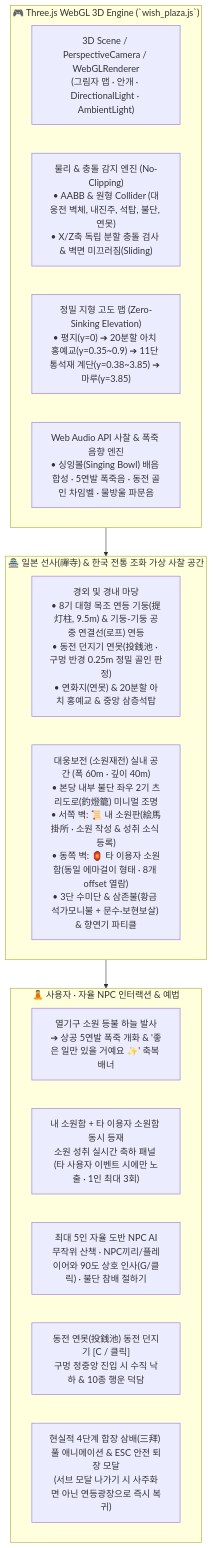
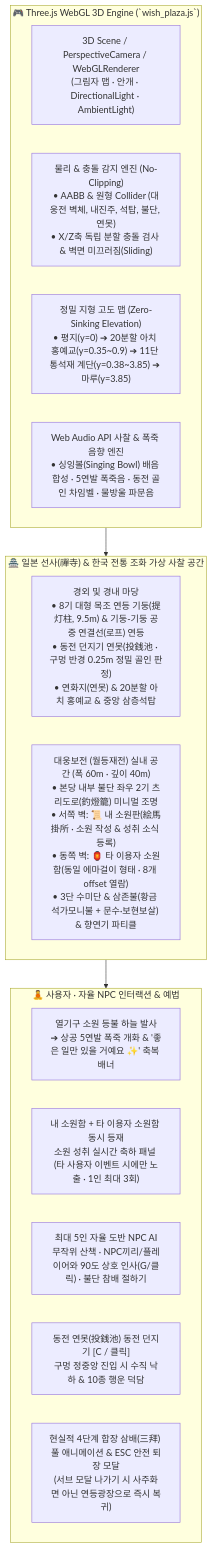
Before and after one commit to minjae0529-blip/Daily-Fortune: the second of 6 diagrams in README.md, drawn with Mermaid. The commit also changed other lines of this file and 13 other files, not shown here.

````diff
--- a/README.md
+++ b/README.md
@@ -90,25 +90,25 @@
 ```mermaid
 graph TB
     subgraph Engine ["🎮 Three.js WebGL 3D Engine (`wish_plaza.js`)"]
         Render["3D Scene / PerspectiveCamera / WebGLRenderer<br/>(그림자 맵 · 안개 · DirectionalLight · AmbientLight)"]
         Physics["물리 & 충돌 감지 엔진 (No-Clipping)<br/>• AABB & 원형 Collider (대웅전 벽체, 내진주, 석탑, 불단, 연못)<br/>• X/Z축 독립 분할 충돌 검사 & 벽면 미끄러짐(Sliding)"]
         Elevation["정밀 지형 고도 맵 (Zero-Sinking Elevation)<br/>• 평지(y=0) ➔ 20분할 아치 홍예교(y=0.35~0.9) ➔ 11단 통석재 계단(y=0.38~3.85) ➔ 마루(y=3.85)"]
         Audio["Web Audio API 사찰 & 폭죽 음향 엔진<br/>• 싱잉볼(Singing Bowl) 배음 합성 · 5연발 폭죽음 · 동전 골인 차임벨 · 물방울 파문음"]
     end
 
     subgraph TempleSpace ["🏯 일본 선사(禪寺) & 한국 전통 조화 가상 사찰 공간"]
         OutCourtyard["경외 및 경내 마당<br/>• 8기 대형 목조 연등 기둥(提灯柱, 9.5m) & 기둥-기둥 공중 연결선(로프) 연등<br/>• 동전 던지기 연못(投銭池 · 구멍 반경 0.25m 정밀 골인 판정)<br/>• 연화지(연못) & 20분할 아치 홍예교 & 중앙 삼층석탑"]
-        Daeungjeon["대웅보전 (소원재전) 실내 공간 (폭 60m · 깊이 40m)<br/>• 본당 내부 불단 좌우 2기 츠리도로(釣燈籠) 미니멀 조명<br/>• 서쪽 벽: 📜 내 소원판(絵馬掛所 · 소원 작성 & 성취 소식 등록)<br/>• 동쪽 벽: 🏮 타 이용자 소원함(동일 에마걸이 형태 · 8개 offset 열람)<br/>• 3단 수미단 & 삼존불(황금 석가모니불 + 문수·보현보살) & 향연기 파티클"]
+        Daeungjeon["대웅보전 (월등재전) 실내 공간 (폭 60m · 깊이 40m)<br/>• 본당 내부 불단 좌우 2기 츠리도로(釣燈籠) 미니멀 조명<br/>• 서쪽 벽: 📜 내 소원판(絵馬掛所 · 소원 작성 & 성취 소식 등록)<br/>• 동쪽 벽: 🏮 타 이용자 소원함(동일 에마걸이 형태 · 8개 offset 열람)<br/>• 3단 수미단 & 삼존불(황금 석가모니불 + 문수·보현보살) & 향연기 파티클"]
     end
 
     subgraph UserActions ["🧘 사용자 · 자율 NPC 인터랙션 & 예법"]
         SkyLaunch["열기구 소원 등불 하늘 발사<br/>➔ 상공 5연발 폭죽 개화 & '좋은 일만 있을 거예요 ✨' 축복 배너"]
         WishBoards["내 소원함 + 타 이용자 소원함 동시 등재<br/>소원 성취 실시간 축하 패널 (타 사용자 이벤트 시에만 노출 · 1인 최대 3회)"]
         NpcAI["최대 5인 자율 도반 NPC AI<br/>무작위 산책 · NPC끼리/플레이어와 90도 상호 인사(G/클릭) · 불단 참배 절하기"]
         CoinToss["동전 연못(投銭池) 동전 던지기 [C / 클릭]<br/>구멍 정중앙 진입 시 수직 낙하 & 10종 행운 덕담"]
         Bow["현실적 4단계 합장 삼배(三拜) 풀 애니메이션 & ESC 안전 퇴장 모달<br/>(서브 모달 나가기 시 사주화면 아닌 연등광장으로 즉시 복귀)"]
     end
 
     Engine --> TempleSpace
     TempleSpace --> UserActions
 ```
````
